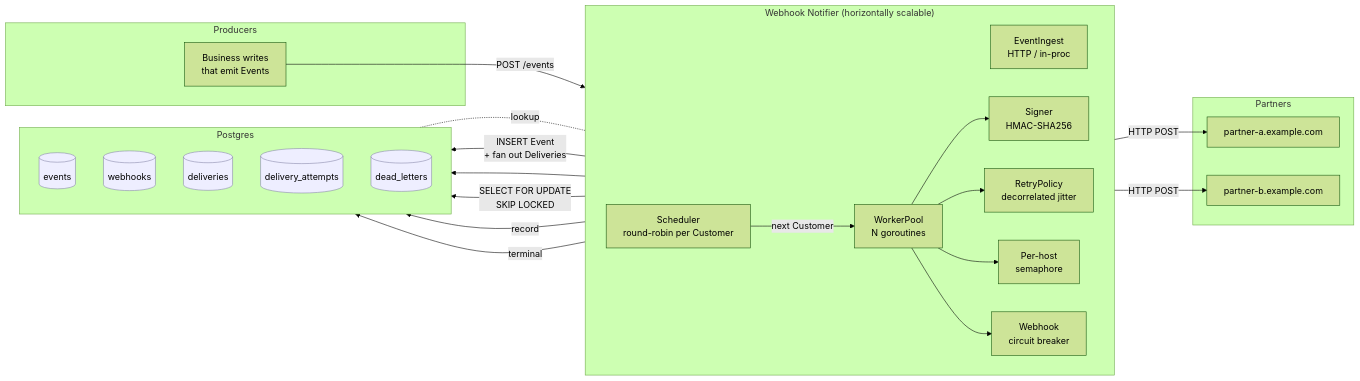
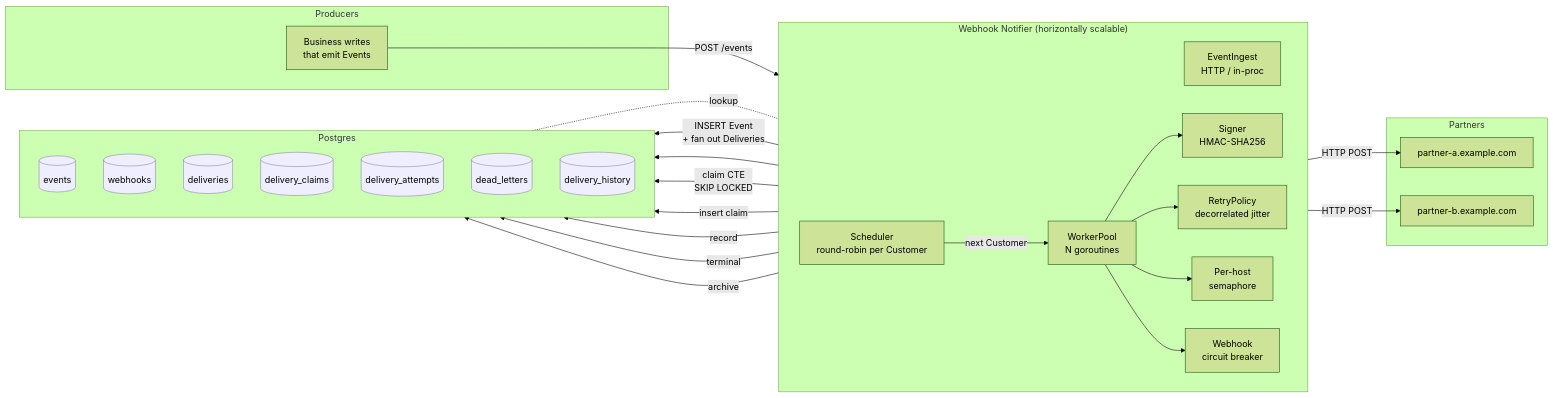
Before and after one commit to lvluu/webhook-notifier: the first of 2 diagrams in docs/DESIGN.md, drawn with Mermaid (forest theme). The commit also changed other lines of this file, not shown here.

````diff
--- a/docs/DESIGN.md
+++ b/docs/DESIGN.md
@@ -25,49 +25,53 @@
 ```mermaid
 flowchart LR
     subgraph Producers
       P1[Business writes<br/>that emit Events]
     end
 
     subgraph "Webhook Notifier (horizontally scalable)"
       direction LR
       I[EventIngest<br/>HTTP / in-proc]
       SC[Scheduler<br/>round-robin per Customer]
       W[WorkerPool<br/>N goroutines]
       S[Signer<br/>HMAC-SHA256]
       RP[RetryPolicy<br/>decorrelated jitter]
       HS[Per-host<br/>semaphore]
       CB[Webhook<br/>circuit breaker]
     end
 
     subgraph Postgres
       direction TB
       EV[(events)]
       WH[(webhooks)]
       DV[(deliveries)]
+      CL[(delivery_claims)]
       AT[(delivery_attempts)]
       DL[(dead_letters)]
+      AH[(delivery_history)]
     end
 
     subgraph Partners
       PA[partner-a.example.com]
       PB[partner-b.example.com]
     end
 
     P1 -->|POST /events| I
     I -->|INSERT Event<br/>+ fan out Deliveries| EV
     I --> DV
     SC -->|next Customer| W
-    W -->|SELECT FOR UPDATE<br/>SKIP LOCKED| DV
+    W -->|claim CTE<br/>SKIP LOCKED| DV
+    W -->|insert claim| CL
     W --> S
     W --> RP
     W --> HS
     W --> CB
     W -->|HTTP POST| PA
     W -->|HTTP POST| PB
     W -->|record| AT
     W -->|terminal| DL
+    W -->|archive| AH
     WH -.lookup.- W
 
     classDef store fill:#eef,stroke:#88a;
-    class EV,WH,DV,AT,DL store;
+    class EV,WH,DV,CL,AT,DL,AH store;
 ```
````
